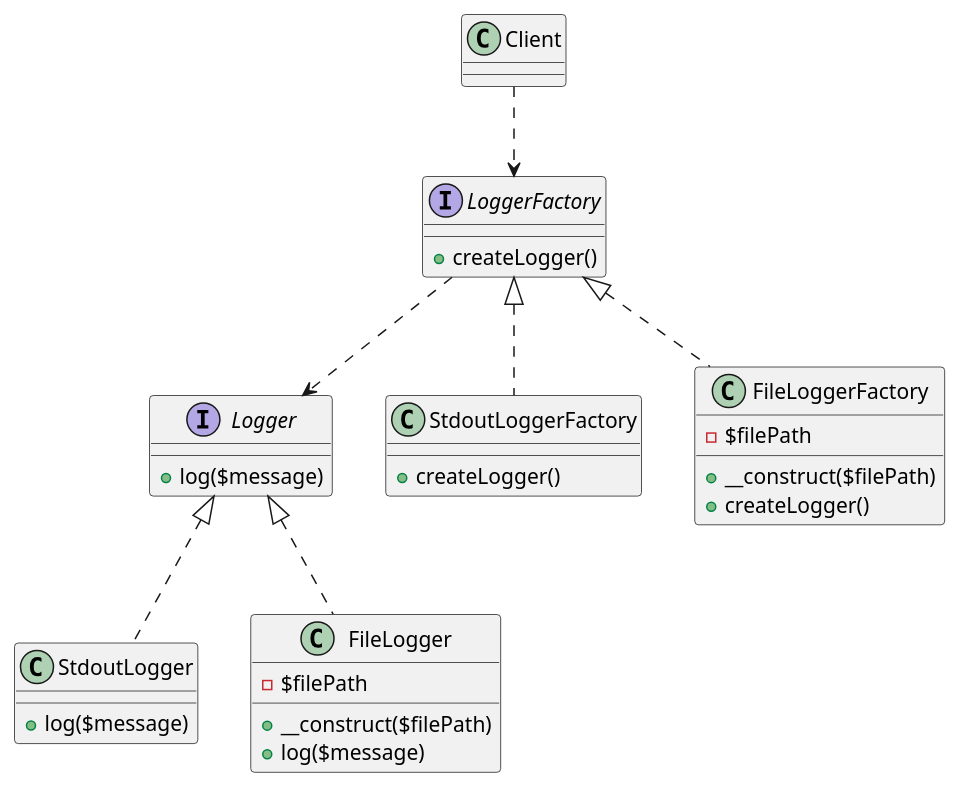
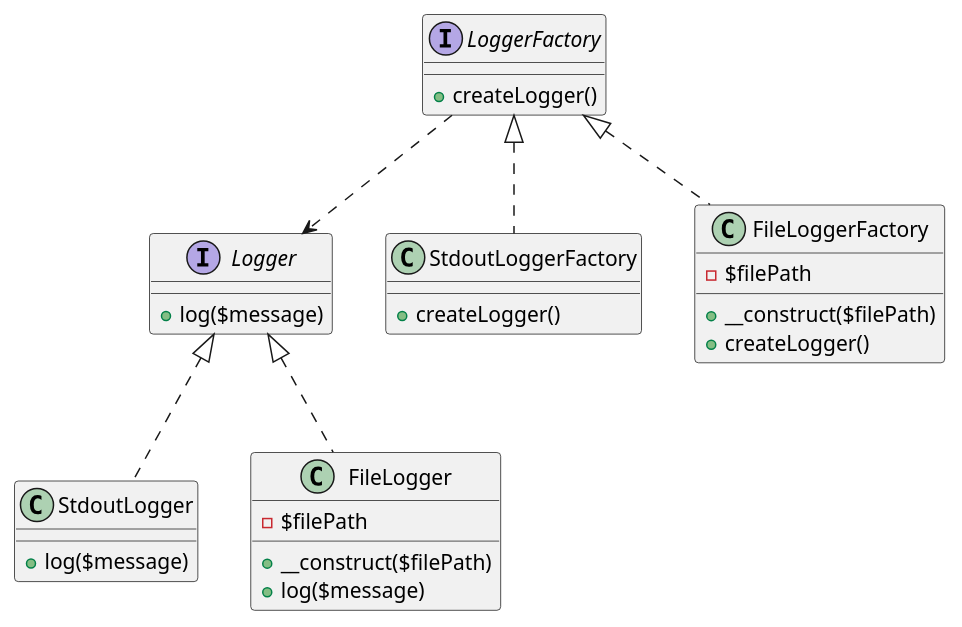
The diagram in Creational/FactoryMethod/FactoryMethod.puml (flashytime/DesignPatternsPHP), drawn with PlantUML before and after one commit. The commit also changed 35 other files, not shown here.

```diff
--- a/Creational/FactoryMethod/FactoryMethod.puml
+++ b/Creational/FactoryMethod/FactoryMethod.puml
@@ -1,41 +1,36 @@
 @startuml
 interface Logger {
     + log($message)
 }
 
 class StdoutLogger {
     + log($message)
 }
 
 class FileLogger {
     - $filePath
     + __construct($filePath)
     + log($message)
 }
 
 Logger <|.. StdoutLogger
 Logger <|.. FileLogger
 
 interface LoggerFactory {
     + createLogger()
 }
 
 class StdoutLoggerFactory {
     + createLogger()
 }
 
 class FileLoggerFactory {
     - $filePath
     + __construct($filePath)
     + createLogger()
 }
 
 LoggerFactory <|.. StdoutLoggerFactory
 LoggerFactory <|.. FileLoggerFactory
 LoggerFactory ..> Logger
-
-class Client
-
-Client ..> LoggerFactory
-
 @enduml
```
